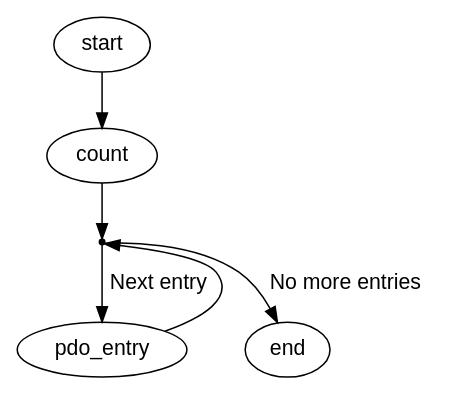
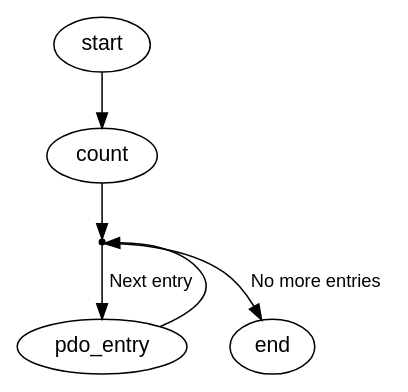
Before and after one commit to ribalda/ethercat: the diagram in documentation/graphs/fsm_pdo_entry_read.dot, drawn with Graphviz. The commit also changed 664 other files, not shown here.

```diff
--- a/documentation/graphs/fsm_pdo_entry_read.dot
+++ b/documentation/graphs/fsm_pdo_entry_read.dot
@@ -1,20 +1,22 @@
 
 /* $Id$ */
 
 digraph pdo_entry_read {
+    node [fontname="Helvetica"]
+    edge [fontname="Helvetica", fontsize="12"]
 
-    start [fontname="Helvetica"]
+    start
     start -> count [weight=5]
 
-    count [fontname="Helvetica"]
+    count
     count -> action_next [weight=5]
 
     action_next [shape=point,label=""]
-    action_next -> pdo_entry [fontname="Helvetica", label="Next entry", weight=5]
-    action_next -> end [fontname="Helvetica", label="No more entries"]
+    action_next -> pdo_entry [label="Next entry", weight=5]
+    action_next -> end [label="No more entries"]
 
-    pdo_entry [fontname="Helvetica"]
+    pdo_entry
     pdo_entry -> action_next
 
-    end [fontname="Helvetica"]
+    end
 }
```
